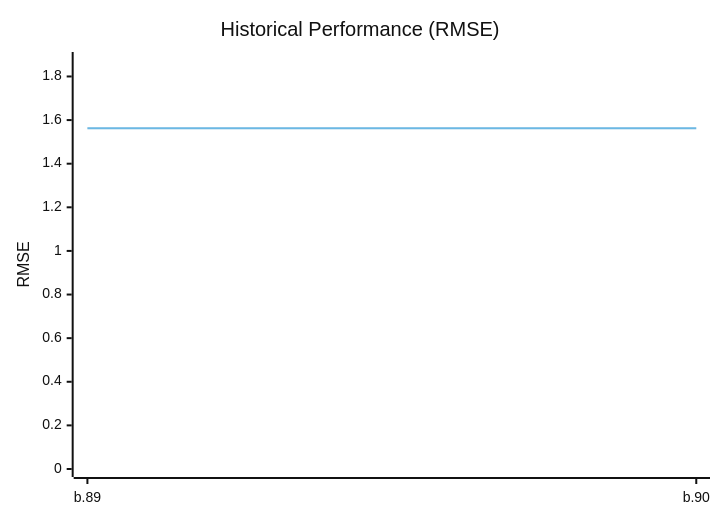
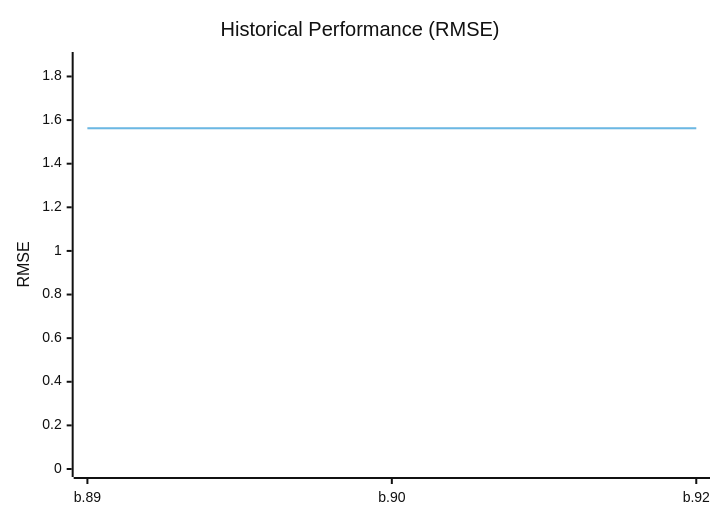
One commit to timo-eberl/tracy changed the diagram in README.md. Above: the diagram before and after it, drawn with Mermaid (neutral theme). The commit also changed other lines of this file and 5 other files, not shown here.

````diff
--- a/README.md
+++ b/README.md
@@ -11,8 +11,8 @@
 ```mermaid
 xychart-beta
     title "Historical Performance (RMSE)"
-    x-axis ["b.89", "b.90"]
+    x-axis ["b.89", "b.90", "b.92"]
     y-axis "RMSE" 0 --> 1.8755
-    line [1.5629, 1.5629]
-    line [1.5629, 1.5629]
+    line [1.5629, 1.5629, 1.5629]
+    line [1.5629, 1.5629, 1.5629]
 ```
````
